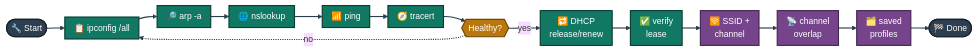
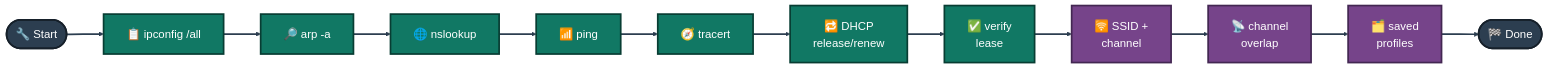
One commit to malaika-azhar/Cisco-Networking-Lab-Portfolio changed the second of 2 diagrams in 03-IT-Support-Troubleshooting/05-LAN-WiFi-Connectivity-Diagnostics/README.md. Above: the diagram before and after it, drawn with Mermaid. The commit also changed other lines of this file, not shown here.

````diff
--- a/03-IT-Support-Troubleshooting/05-LAN-WiFi-Connectivity-Diagnostics/README.md
+++ b/03-IT-Support-Troubleshooting/05-LAN-WiFi-Connectivity-Diagnostics/README.md
@@ -145,22 +145,19 @@
 ```mermaid
-%%{init: {'theme': 'base', 'themeVariables': {'fontSize': '15px'}, 'flowchart': {'nodeSpacing': 22, 'rankSpacing': 32, 'padding': 8, 'curve': 'basis'}}}%%
+%%{init: {'theme': 'base', 'themeVariables': {'fontSize': '20px'}, 'flowchart': {'nodeSpacing': 45, 'rankSpacing': 65, 'padding': 20, 'useMaxWidth': false}}}%%
 flowchart LR
     START(["🔧 Start"]):::endpoint --> I1["📋 ipconfig /all"]:::step
     I1 --> I2["🔎 arp -a"]:::step
     I2 --> I3["🌐 nslookup"]:::step
     I3 --> I4["📶 ping"]:::step
     I4 --> I5["🧭 tracert"]:::step
-    I5 --> CHK{{"Healthy?"}}:::decision
-    CHK -- "yes" --> W1["🔁 DHCP<br/>release/renew"]:::step
-    CHK -. "no" .-> I1
+    I5 --> W1["🔁 DHCP<br/>release/renew"]:::step
     W1 --> W2["✅ verify<br/>lease"]:::step
     W2 --> W3["🛜 SSID +<br/>channel"]:::wifi
     W3 --> W4["📡 channel<br/>overlap"]:::wifi
     W4 --> W5["🗂️ saved<br/>profiles"]:::wifi
     W5 --> DONE(["🏁 Done"]):::endpoint
-    classDef endpoint fill:#2C3E50,stroke:#16202A,stroke-width:2px,color:#FFFFFF
-    classDef step fill:#117864,stroke:#083D33,stroke-width:2px,color:#FFFFFF
-    classDef wifi fill:#76448A,stroke:#432752,stroke-width:2px,color:#FFFFFF
-    classDef decision fill:#B9770E,stroke:#6E4409,stroke-width:2px,color:#FFFFFF
-    linkStyle default stroke:#2C3E50,stroke-width:2px
+    classDef endpoint fill:#2C3E50,stroke:#16202A,stroke-width:3px,color:#FFFFFF
+    classDef step fill:#117864,stroke:#083D33,stroke-width:3px,color:#FFFFFF
+    classDef wifi fill:#76448A,stroke:#432752,stroke-width:3px,color:#FFFFFF
+    linkStyle default stroke:#2C3E50,stroke-width:3px
 ```
````
